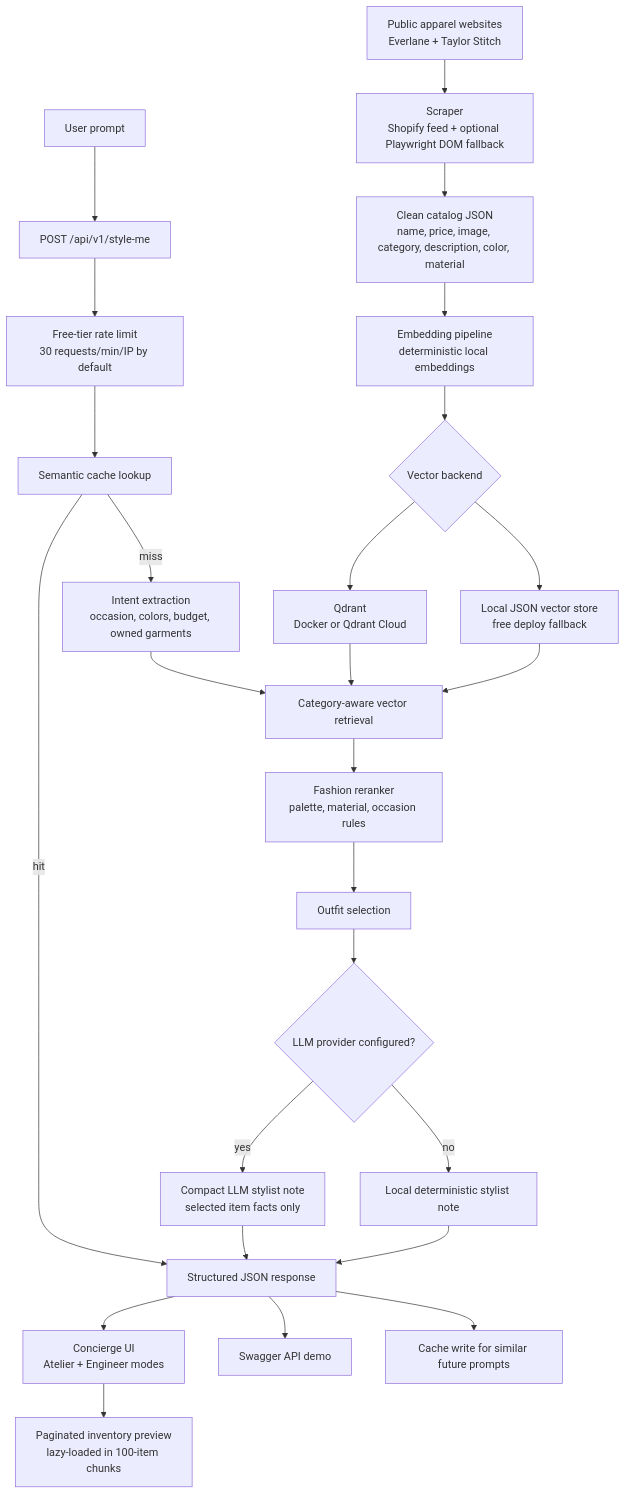
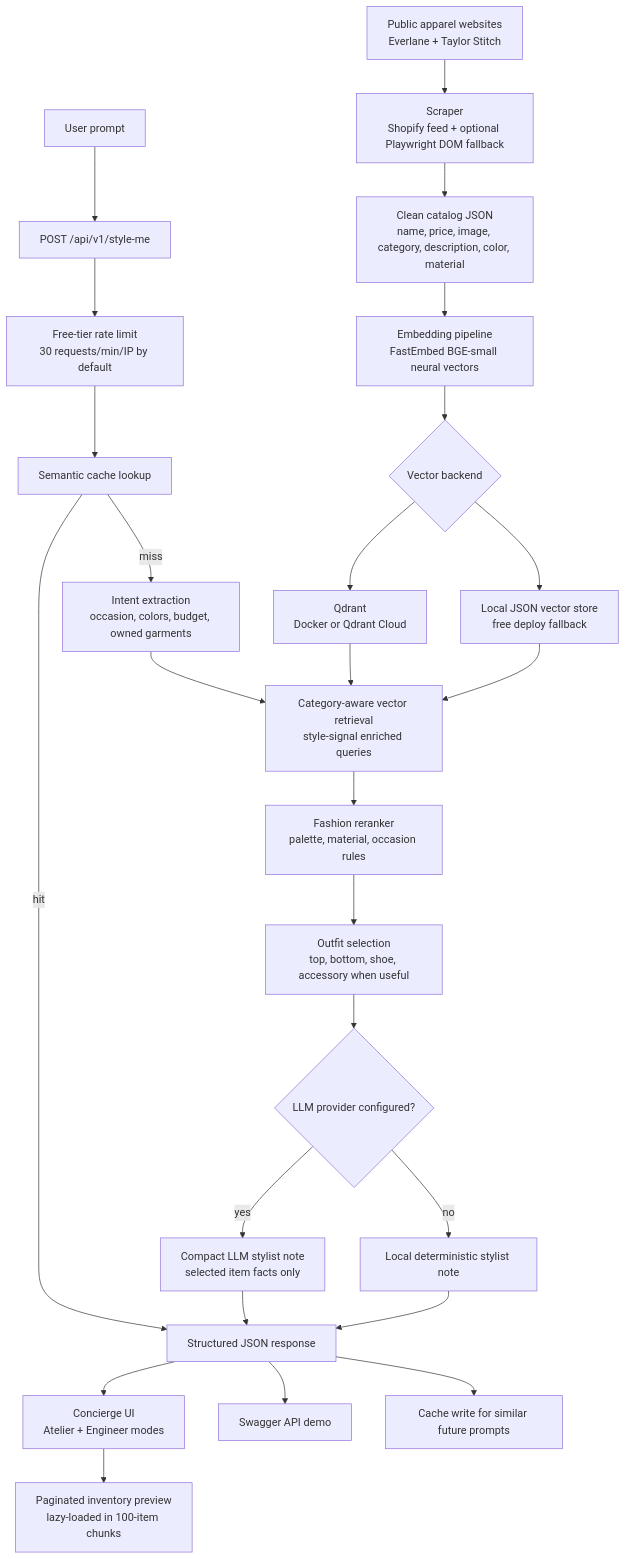
One commit to RUiNtheExtinct/quickeee-luxury-stylist-concierge changed the diagram in SYSTEM_FLOW.md. Above: the diagram before and after it, drawn with Mermaid. The commit also changed 27 other files, not shown here.

````diff
--- a/SYSTEM_FLOW.md
+++ b/SYSTEM_FLOW.md
@@ -3,28 +3,28 @@
 ```mermaid
 flowchart TD
     A["Public apparel websites<br/>Everlane + Taylor Stitch"] --> B["Scraper<br/>Shopify feed + optional Playwright DOM fallback"]
     B --> C["Clean catalog JSON<br/>name, price, image, category, description, color, material"]
-    C --> D["Embedding pipeline<br/>deterministic local embeddings"]
+    C --> D["Embedding pipeline<br/>FastEmbed BGE-small neural vectors"]
     D --> E{"Vector backend"}
     E --> F["Qdrant<br/>Docker or Qdrant Cloud"]
     E --> G["Local JSON vector store<br/>free deploy fallback"]
     H["User prompt"] --> I["POST /api/v1/style-me"]
     I --> U["Free-tier rate limit<br/>30 requests/min/IP by default"]
     U --> J["Semantic cache lookup"]
     J -->|hit| R["Structured JSON response"]
     J -->|miss| K["Intent extraction<br/>occasion, colors, budget, owned garments"]
-    K --> L["Category-aware vector retrieval"]
+    K --> L["Category-aware vector retrieval<br/>style-signal enriched queries"]
     F --> L
     G --> L
     L --> M["Fashion reranker<br/>palette, material, occasion rules"]
-    M --> N["Outfit selection"]
+    M --> N["Outfit selection<br/>top, bottom, shoe, accessory when useful"]
     N --> O{"LLM provider configured?"}
     O -->|yes| P["Compact LLM stylist note<br/>selected item facts only"]
     O -->|no| Q["Local deterministic stylist note"]
     P --> R
     Q --> R
     R --> S["Concierge UI<br/>Atelier + Engineer modes"]
     S --> W["Paginated inventory preview<br/>lazy-loaded in 100-item chunks"]
     R --> V["Swagger API demo"]
     R --> T["Cache write for similar future prompts"]
 ```
````
